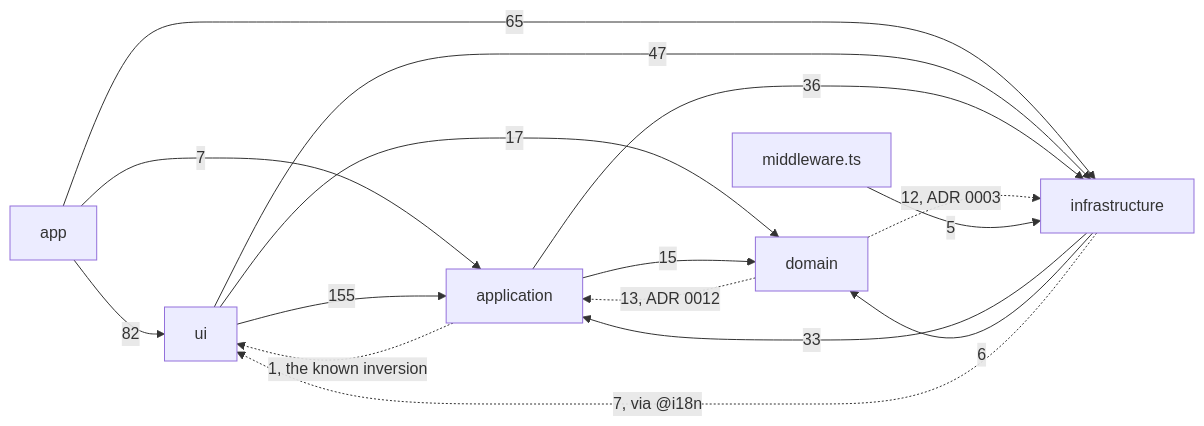
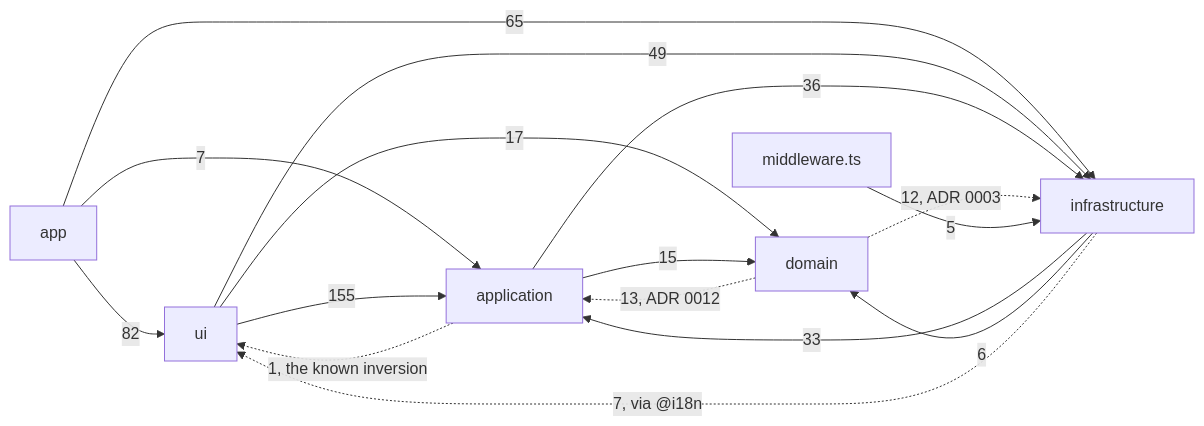
The diagram in apps/docs/src/content/docs/architecture/overview.mdx (fbuireu/forever-pto), drawn with Mermaid before and after one commit. The commit also changed other lines of this file and 19 other files, not shown here.

````diff
--- a/apps/docs/src/content/docs/architecture/overview.mdx
+++ b/apps/docs/src/content/docs/architecture/overview.mdx
@@ -47,24 +47,24 @@
 ```mermaid
 flowchart LR
   APP[app]
   UI[ui]
   APPL[application]
   DOM[domain]
   INFRA[infrastructure]
   MW[middleware.ts]
   APP -->|82| UI
   APP -->|7| APPL
   APP -->|65| INFRA
   UI -->|155| APPL
   UI -->|17| DOM
-  UI -->|47| INFRA
+  UI -->|49| INFRA
   APPL -->|15| DOM
   APPL -->|36| INFRA
   APPL -.->|1, the known inversion| UI
   DOM -.->|13, ADR 0012| APPL
   DOM -.->|12, ADR 0003| INFRA
   INFRA -->|33| APPL
   INFRA -->|6| DOM
   INFRA -.->|7, via @i18n| UI
   MW -->|5| INFRA
 ```
````
